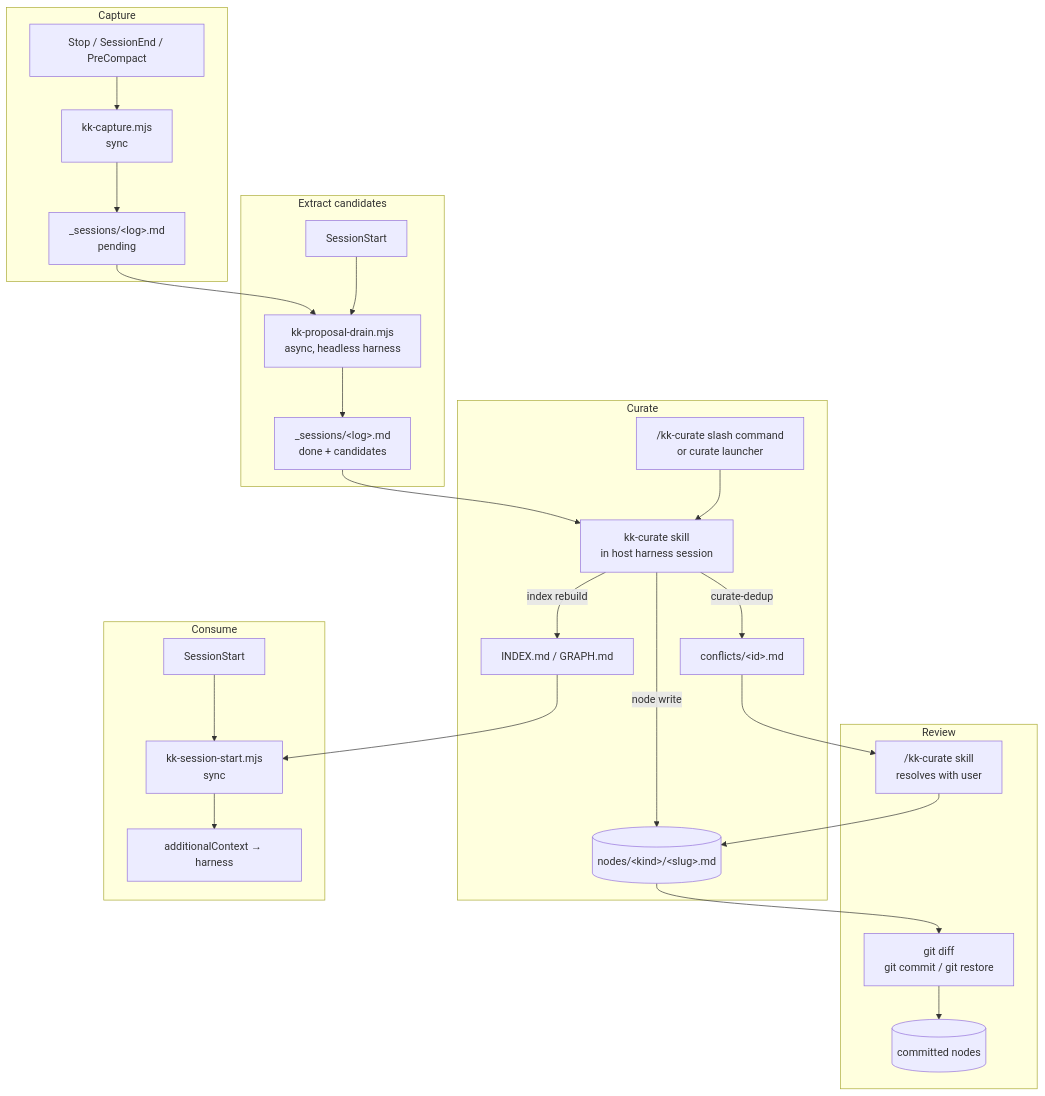
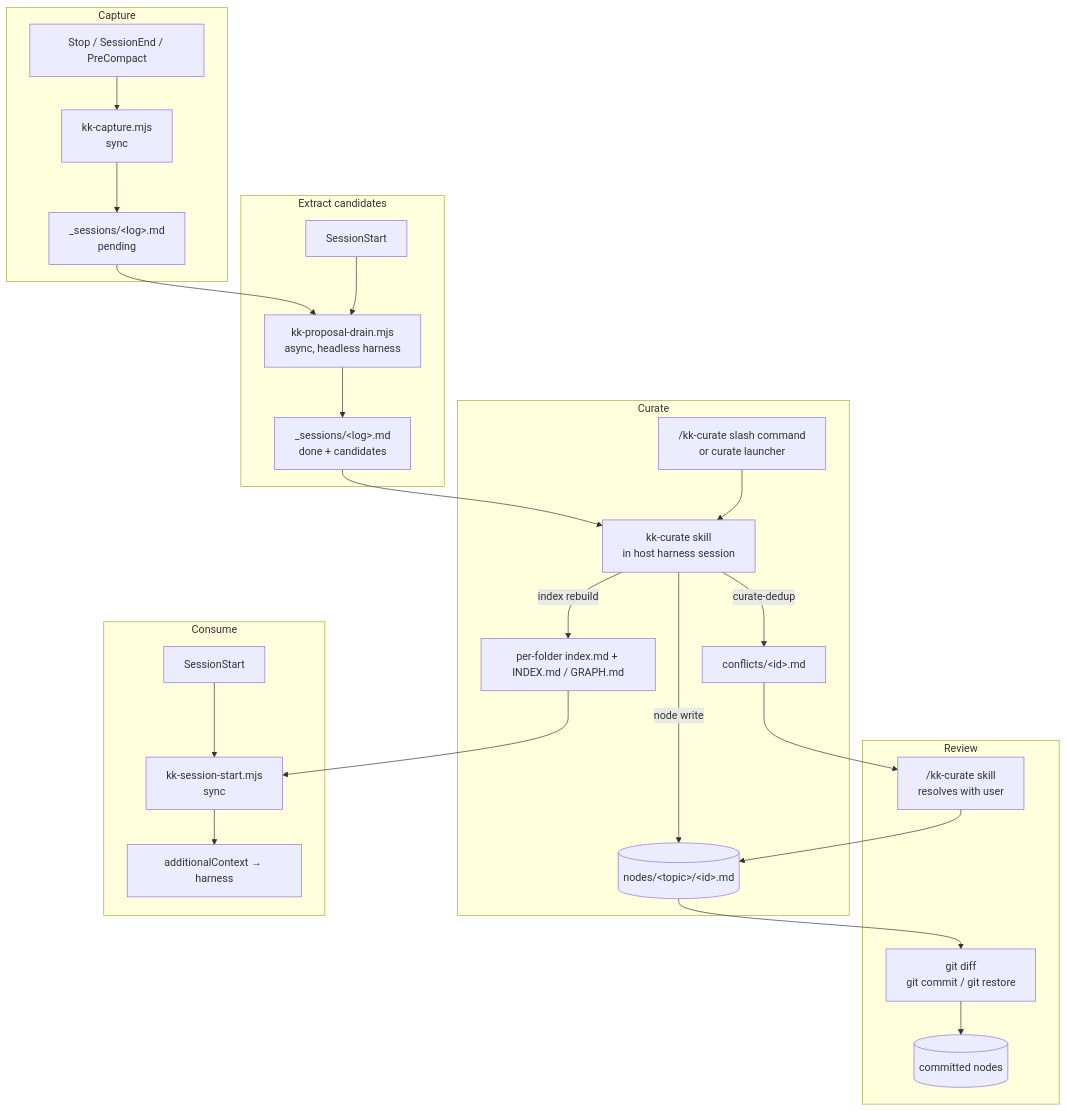
Before and after one commit to e0ipso/kenkeep: the diagram in docs/internals/architecture.md, drawn with Mermaid. The commit also changed other lines of this file and 76 other files, not shown here.

````diff
--- a/docs/internals/architecture.md
+++ b/docs/internals/architecture.md
@@ -42,34 +42,34 @@
 ```mermaid
 flowchart TB
     subgraph capture[Capture]
         H1[Stop / SessionEnd / PreCompact] --> KB1[kk-capture.mjs<br/>sync]
         KB1 --> SL[_sessions/&lt;log&gt;.md<br/>pending]
     end
 
     subgraph extract[Extract candidates]
         SS1[SessionStart] --> KB2[kk-proposal-drain.mjs<br/>async, headless harness]
         SL --> KB2
         KB2 --> SLD[_sessions/&lt;log&gt;.md<br/>done + candidates]
     end
 
     subgraph curate[Curate]
         UC["/kk-curate slash command<br/>or curate launcher"] --> KB3[kk-curate skill<br/>in host harness session]
         SLD --> KB3
-        KB3 -->|node write| NODES[(nodes/&lt;kind&gt;/&lt;slug&gt;.md)]
+        KB3 -->|node write| NODES[(nodes/&lt;topic&gt;/&lt;id&gt;.md)]
         KB3 -->|curate-dedup| PC[conflicts/&lt;id&gt;.md]
-        KB3 -->|index rebuild| IDX[INDEX.md / GRAPH.md]
+        KB3 -->|index rebuild| IDX[per-folder index.md + INDEX.md / GRAPH.md]
     end
 
     subgraph review[Review]
         NODES --> RV[git diff<br/>git commit / git restore]
         PC --> SK["/kk-curate skill<br/>resolves with user"]
         SK --> NODES
         RV --> COMMIT[(committed nodes)]
     end
 
     subgraph consume[Consume]
         SS2[SessionStart] --> KB4[kk-session-start.mjs<br/>sync]
         IDX --> KB4
         KB4 --> CTX[additionalContext → harness]
     end
 ```
````
